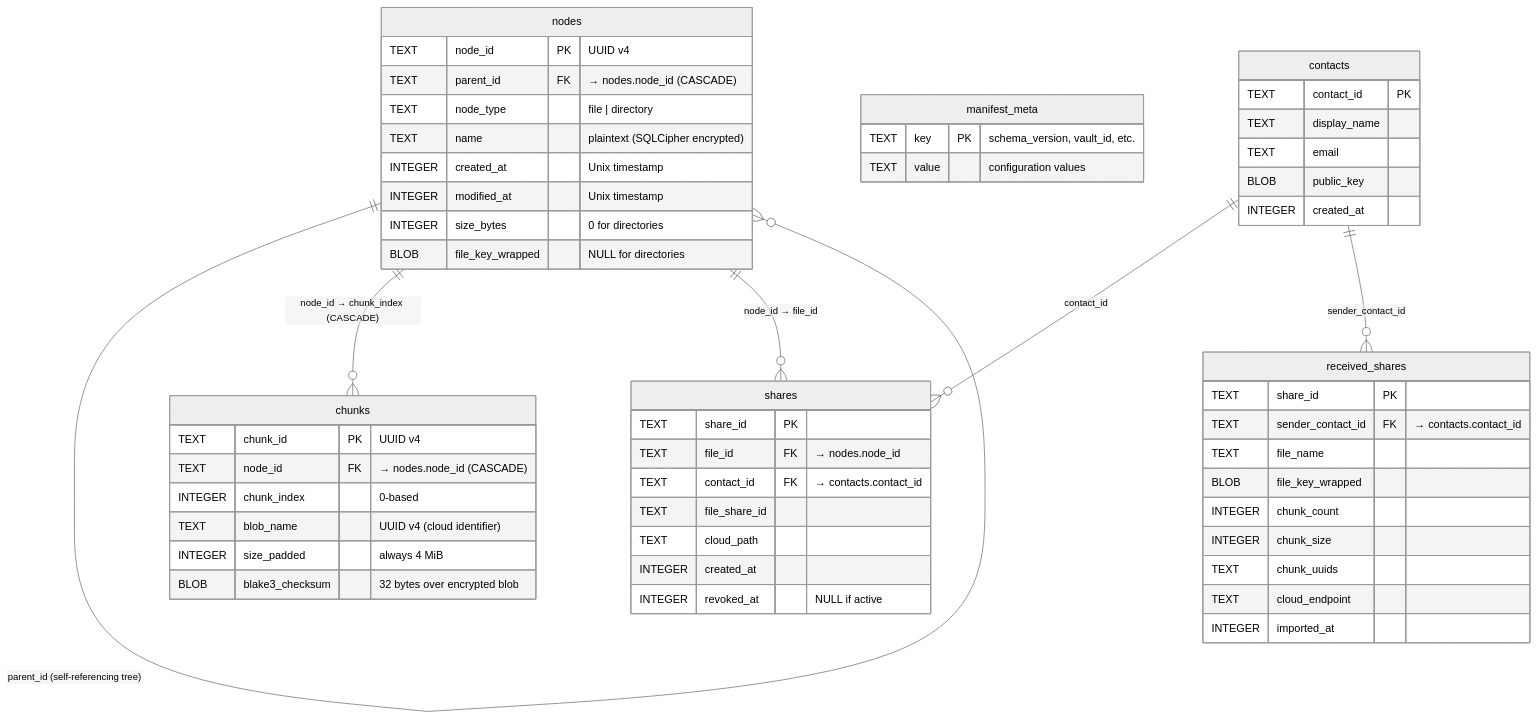
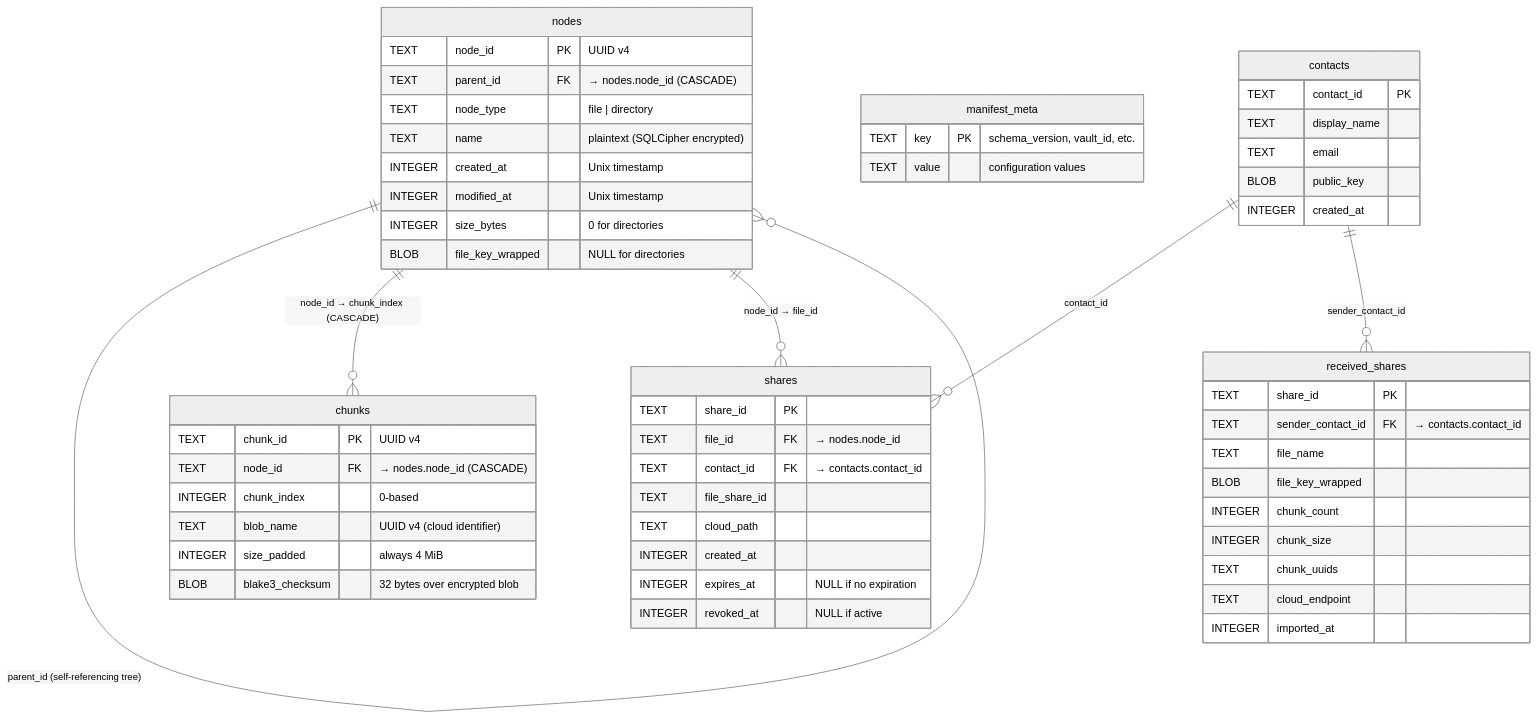
The diagram in docs/architecture/designs/chunking-and-manifest/diagrams/manifest-schema.md (salgaard/arx-runa), drawn with Mermaid (neutral theme) before and after one commit. The commit also changed other lines of this file and 9 other files, not shown here.

````diff
--- a/docs/architecture/designs/chunking-and-manifest/diagrams/manifest-schema.md
+++ b/docs/architecture/designs/chunking-and-manifest/diagrams/manifest-schema.md
@@ -6,63 +6,64 @@
 ```mermaid
 erDiagram
     nodes {
         TEXT node_id PK "UUID v4"
         TEXT parent_id FK "→ nodes.node_id (CASCADE)"
         TEXT node_type "file | directory"
         TEXT name "plaintext (SQLCipher encrypted)"
         INTEGER created_at "Unix timestamp"
         INTEGER modified_at "Unix timestamp"
         INTEGER size_bytes "0 for directories"
         BLOB file_key_wrapped "NULL for directories"
     }
 
     chunks {
         TEXT chunk_id PK "UUID v4"
         TEXT node_id FK "→ nodes.node_id (CASCADE)"
         INTEGER chunk_index "0-based"
         TEXT blob_name "UUID v4 (cloud identifier)"
         INTEGER size_padded "always 4 MiB"
         BLOB blake3_checksum "32 bytes over encrypted blob"
     }
 
     manifest_meta {
         TEXT key PK "schema_version, vault_id, etc."
         TEXT value "configuration values"
     }
 
     contacts {
         TEXT contact_id PK
         TEXT display_name
         TEXT email
         BLOB public_key
         INTEGER created_at
     }
 
     shares {
         TEXT share_id PK
         TEXT file_id FK "→ nodes.node_id"
         TEXT contact_id FK "→ contacts.contact_id"
         TEXT file_share_id
         TEXT cloud_path
         INTEGER created_at
+        INTEGER expires_at "NULL if no expiration"
         INTEGER revoked_at "NULL if active"
     }
 
     received_shares {
         TEXT share_id PK
         TEXT sender_contact_id FK "→ contacts.contact_id"
         TEXT file_name
         BLOB file_key_wrapped
         INTEGER chunk_count
         INTEGER chunk_size
         TEXT chunk_uuids
         TEXT cloud_endpoint
         INTEGER imported_at
     }
 
     nodes ||--o{ nodes : "parent_id (self-referencing tree)"
     nodes ||--o{ chunks : "node_id → chunk_index (CASCADE)"
     nodes ||--o{ shares : "node_id → file_id"
     contacts ||--o{ shares : "contact_id"
     contacts ||--o{ received_shares : "sender_contact_id"
 ```
````
